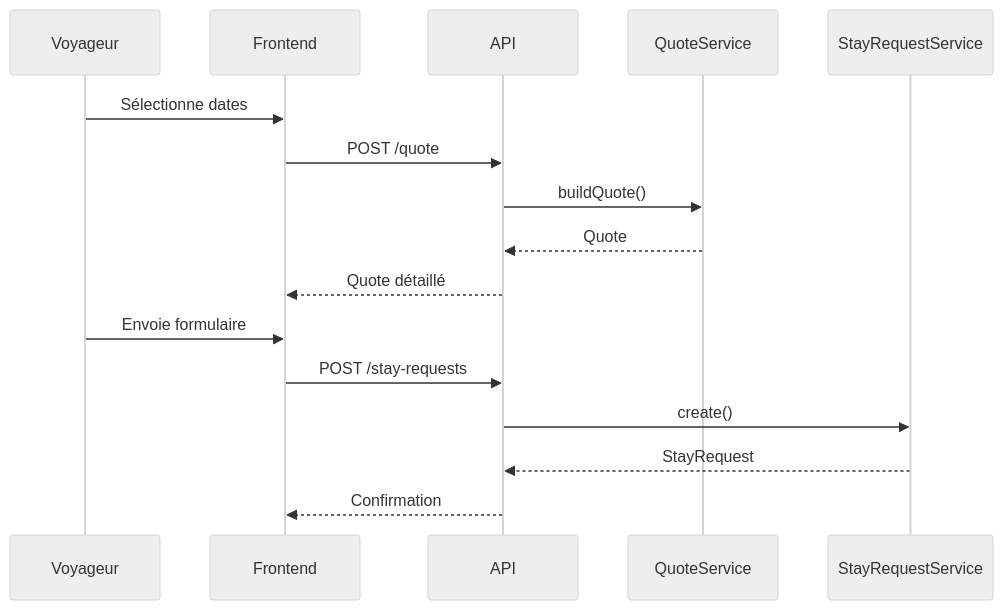
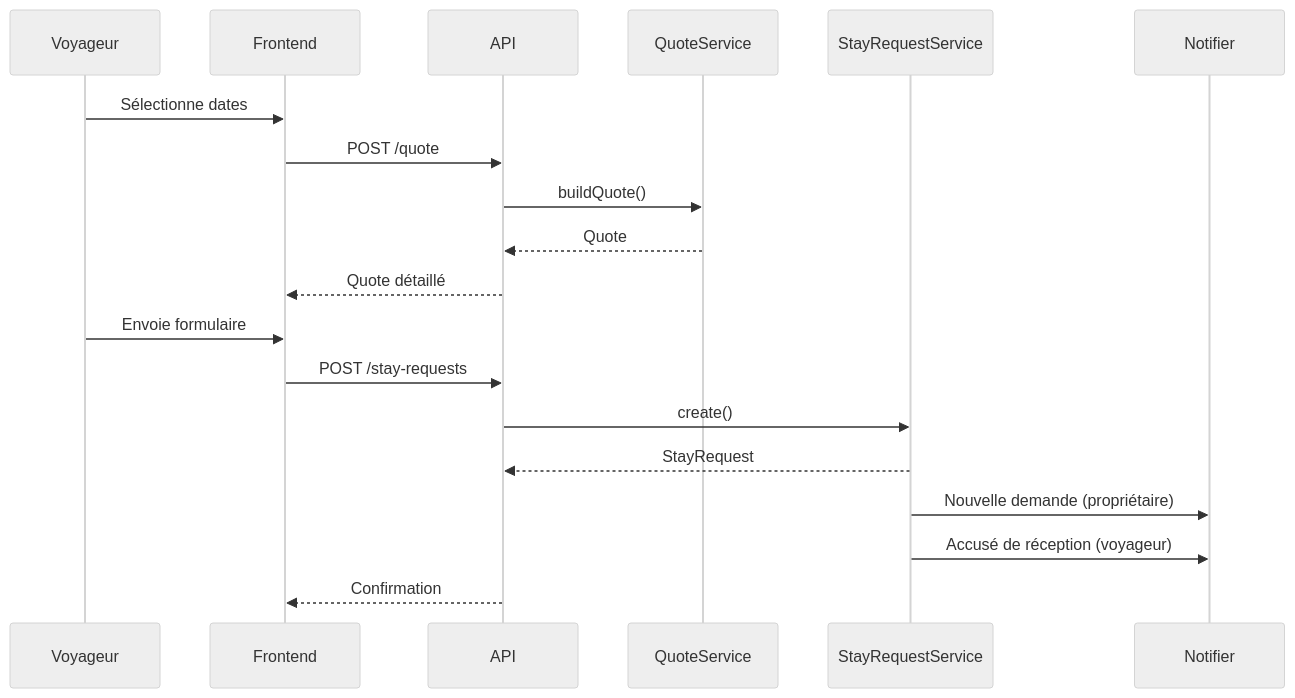
Before and after one commit to mcornut/le115-docs: the diagram in docs/06-API.md, drawn with Mermaid (neutral theme). The commit also changed other lines of this file and 3 other files, not shown here.

````diff
--- a/docs/06-API.md
+++ b/docs/06-API.md
@@ -510,19 +529,22 @@
 ```mermaid
 sequenceDiagram
     participant U as Voyageur
     participant F as Frontend
     participant A as API
     participant Q as QuoteService
     participant S as StayRequestService
+    participant N as Notifier
 
     U->>F: Sélectionne dates
     F->>A: POST /quote
     A->>Q: buildQuote()
     Q-->>A: Quote
     A-->>F: Quote détaillé
     U->>F: Envoie formulaire
     F->>A: POST /stay-requests
     A->>S: create()
     S-->>A: StayRequest
+    S->>N: Nouvelle demande (propriétaire)
+    S->>N: Accusé de réception (voyageur)
     A-->>F: Confirmation
 ```
````
